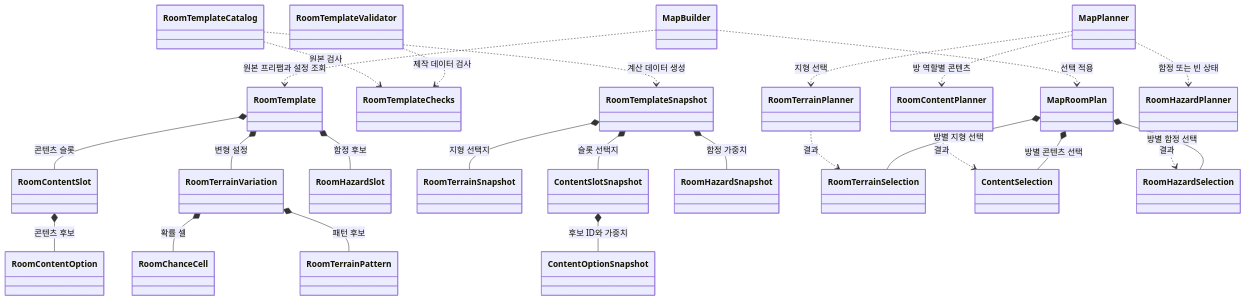
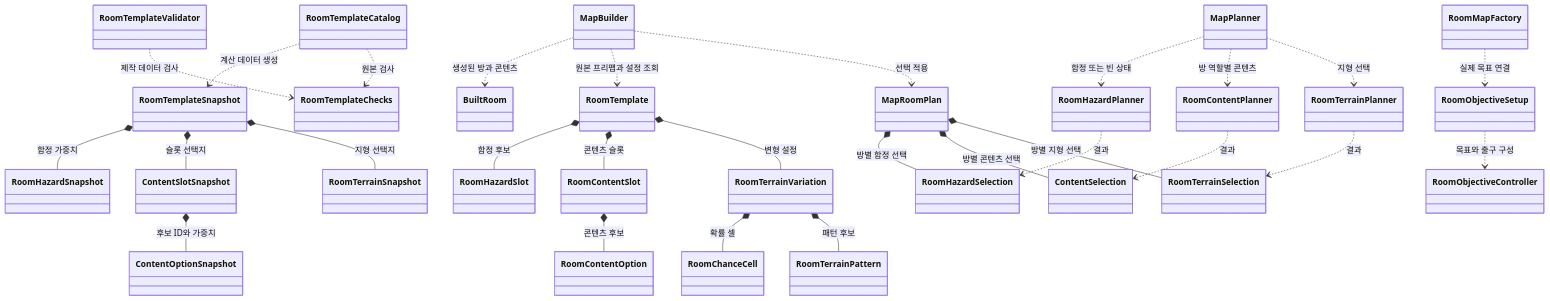
The diagram in Docs/Map/Chunk_Generation/Work/Chunk_Generation_Code_Guide.md (kkachi123/ProjectBase), drawn with Mermaid before and after one commit. The commit also changed other lines of this file and 16 other files, not shown here.

````diff
--- a/Docs/Map/Chunk_Generation/Work/Chunk_Generation_Code_Guide.md
+++ b/Docs/Map/Chunk_Generation/Work/Chunk_Generation_Code_Guide.md
@@ -17,27 +17,30 @@
 ```mermaid
 classDiagram
     RoomTemplate *-- RoomTerrainVariation : 변형 설정
     RoomTerrainVariation *-- RoomTerrainPattern : 패턴 후보
     RoomTerrainVariation *-- RoomChanceCell : 확률 셀
     RoomTemplate *-- RoomContentSlot : 콘텐츠 슬롯
     RoomTemplate *-- RoomHazardSlot : 함정 후보
     RoomContentSlot *-- RoomContentOption : 콘텐츠 후보
     RoomTemplateCatalog ..> RoomTemplateChecks : 원본 검사
     RoomTemplateCatalog ..> RoomTemplateSnapshot : 계산 데이터 생성
     RoomTemplateSnapshot *-- RoomTerrainSnapshot : 지형 선택지
     RoomTemplateSnapshot *-- ContentSlotSnapshot : 슬롯 선택지
     RoomTemplateSnapshot *-- RoomHazardSnapshot : 함정 가중치
     ContentSlotSnapshot *-- ContentOptionSnapshot : 후보 ID와 가중치
     MapPlanner ..> RoomTerrainPlanner : 지형 선택
     MapPlanner ..> RoomContentPlanner : 방 역할별 콘텐츠
     MapPlanner ..> RoomHazardPlanner : 함정 또는 빈 상태
     RoomTerrainPlanner ..> RoomTerrainSelection : 결과
     RoomContentPlanner ..> ContentSelection : 결과
     RoomHazardPlanner ..> RoomHazardSelection : 결과
     MapRoomPlan *-- RoomTerrainSelection : 방별 지형 선택
     MapRoomPlan *-- ContentSelection : 방별 콘텐츠 선택
     MapRoomPlan *-- RoomHazardSelection : 방별 함정 선택
     MapBuilder ..> MapRoomPlan : 선택 적용
     MapBuilder ..> RoomTemplate : 원본 프리팹과 설정 조회
+    MapBuilder ..> BuiltRoom : 생성된 방과 콘텐츠
+    RoomMapFactory ..> RoomObjectiveSetup : 실제 목표 연결
+    RoomObjectiveSetup ..> RoomObjectiveController : 목표와 출구 구성
     RoomTemplateValidator ..> RoomTemplateChecks : 제작 데이터 검사
 ```
````
